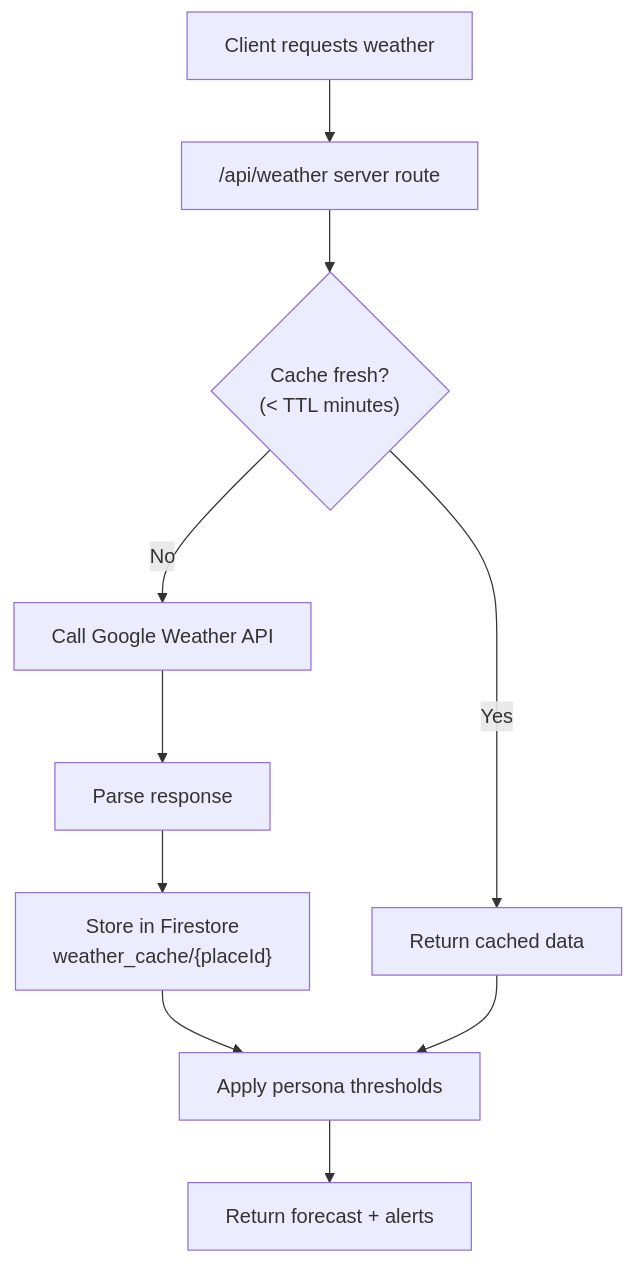
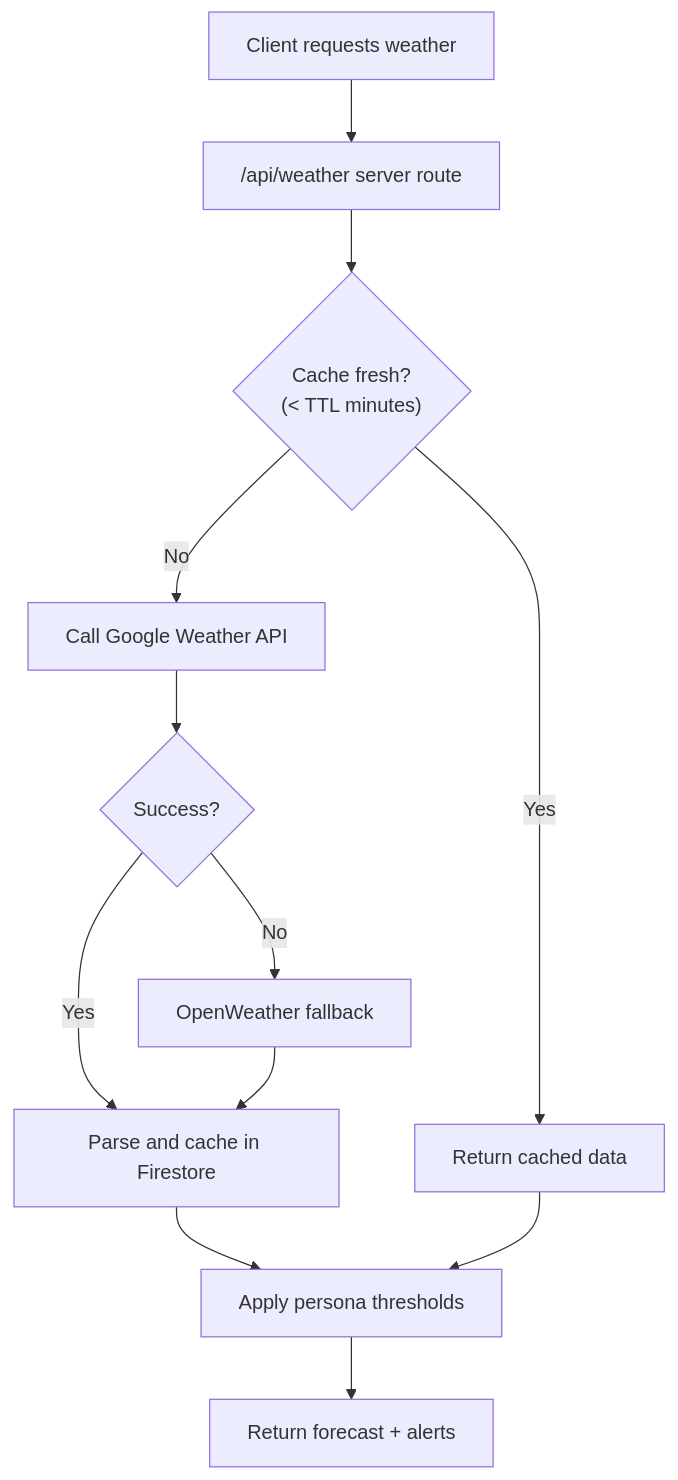
Diagram 12 of 18 in docs/solution-plan/SOLUTION-PLAN.md (Oweeboi011/Fit-Ready-IQ), drawn with Mermaid before and after one commit. The commit also changed other lines of this file and 15 other files, not shown here.

````diff
--- a/docs/solution-plan/SOLUTION-PLAN.md
+++ b/docs/solution-plan/SOLUTION-PLAN.md
@@ -696,12 +788,14 @@
 ```mermaid
 flowchart TD
     A["Client requests weather"] --> B["/api/weather server route"]
     B --> C{"Cache fresh?<br/>(< TTL minutes)"}
     C -->|Yes| D["Return cached data"]
     C -->|No| E["Call Google Weather API"]
-    E --> F["Parse response"]
-    F --> G["Store in Firestore<br/>weather_cache/{placeId}"]
-    G --> H["Apply persona thresholds"]
-    H --> I["Return forecast + alerts"]
-    D --> H
+    E --> F{"Success?"}
+    F -->|Yes| G["Parse and cache in Firestore"]
+    F -->|No| H["OpenWeather fallback"]
+    H --> G
+    G --> I["Apply persona thresholds"]
+    I --> J["Return forecast + alerts"]
+    D --> I
 ```
````
